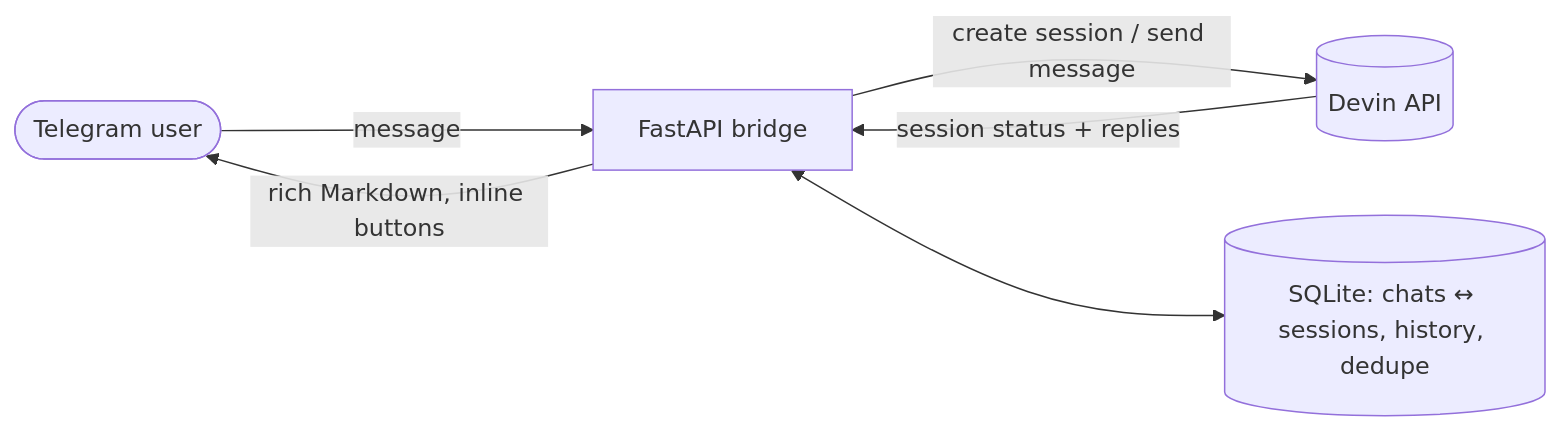
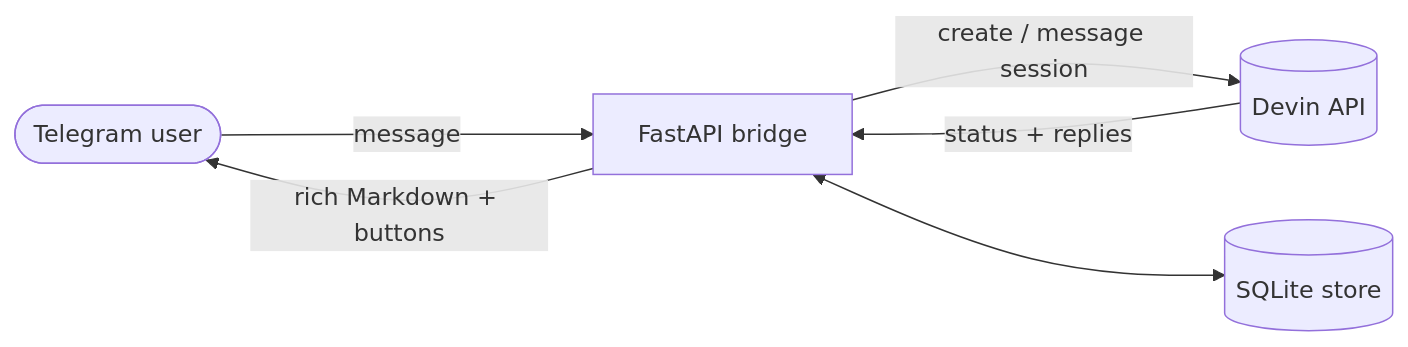
The diagram in README.md (HagegeR/telegram-devin-bridge), drawn with Mermaid before and after one commit.

Commit message:
docs: tighten mermaid labels so the diagram fits the content column

````diff
--- a/README.md
+++ b/README.md
@@ -29,8 +29,8 @@
 ```mermaid
 flowchart LR
     U([Telegram user]) -->|message| B[FastAPI bridge]
-    B -->|"create session / send message"| D[(Devin API)]
-    D -->|"session status + replies"| B
-    B -->|"rich Markdown, inline buttons"| U
-    B <--> S[("SQLite: chats ↔ sessions, history, dedupe")]
+    B -->|"create / message session"| D[(Devin API)]
+    D -->|"status + replies"| B
+    B -->|"rich Markdown + buttons"| U
+    B <--> S[("SQLite store")]
 ```
````
